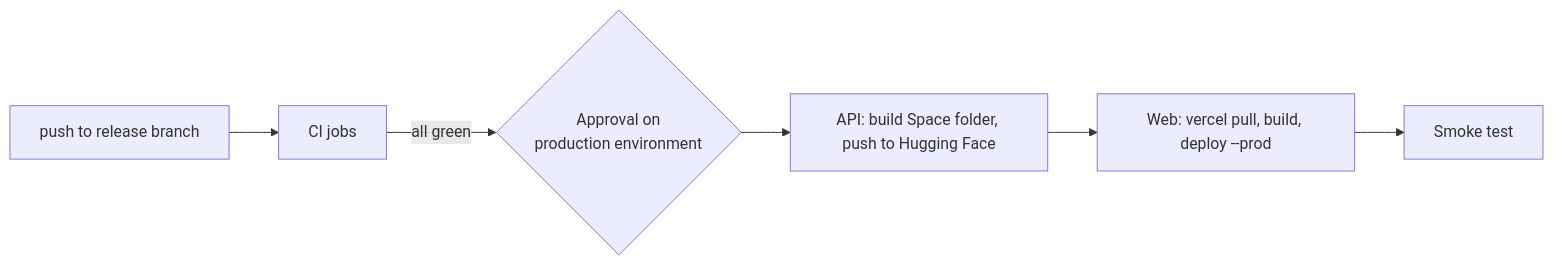
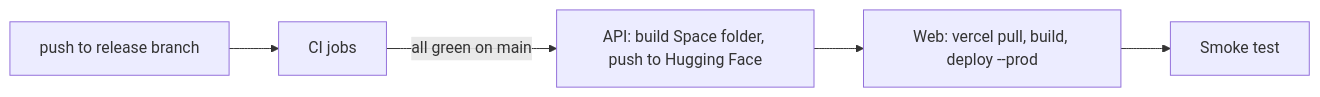
Before and after one commit to whizey/InvoiceIQ: the diagram in docs/CICD_AND_DEPLOYMENT.md, drawn with Mermaid. The commit also changed other lines of this file and 6 other files, not shown here.

````diff
--- a/docs/CICD_AND_DEPLOYMENT.md
+++ b/docs/CICD_AND_DEPLOYMENT.md
@@ -40,8 +40,7 @@
 ```mermaid
 flowchart LR
   P[push to release branch] --> CI[CI jobs]
-  CI -->|all green| G{Approval on\nproduction environment}
-  G --> A[API: build Space folder, push to Hugging Face]
+  CI -->|all green on main| A[API: build Space folder, push to Hugging Face]
   A --> W[Web: vercel pull, build, deploy --prod]
   W --> S[Smoke test]
 ```
````
